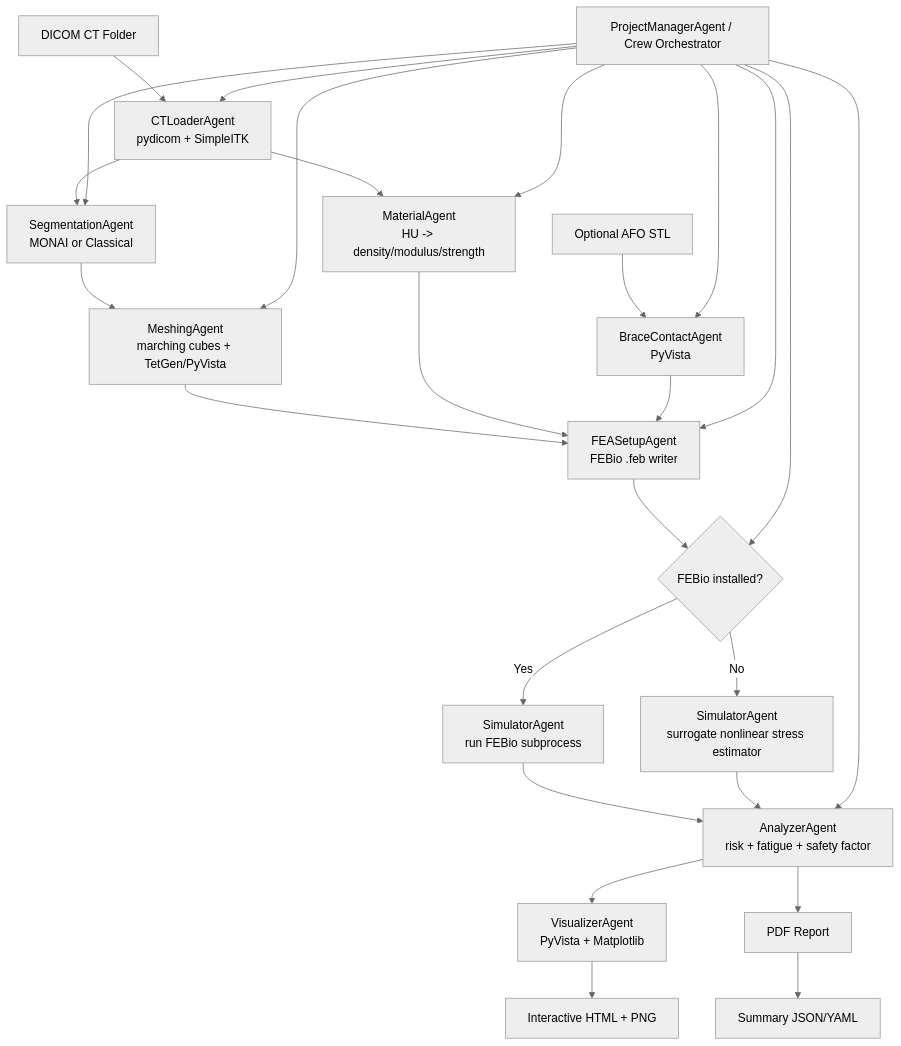
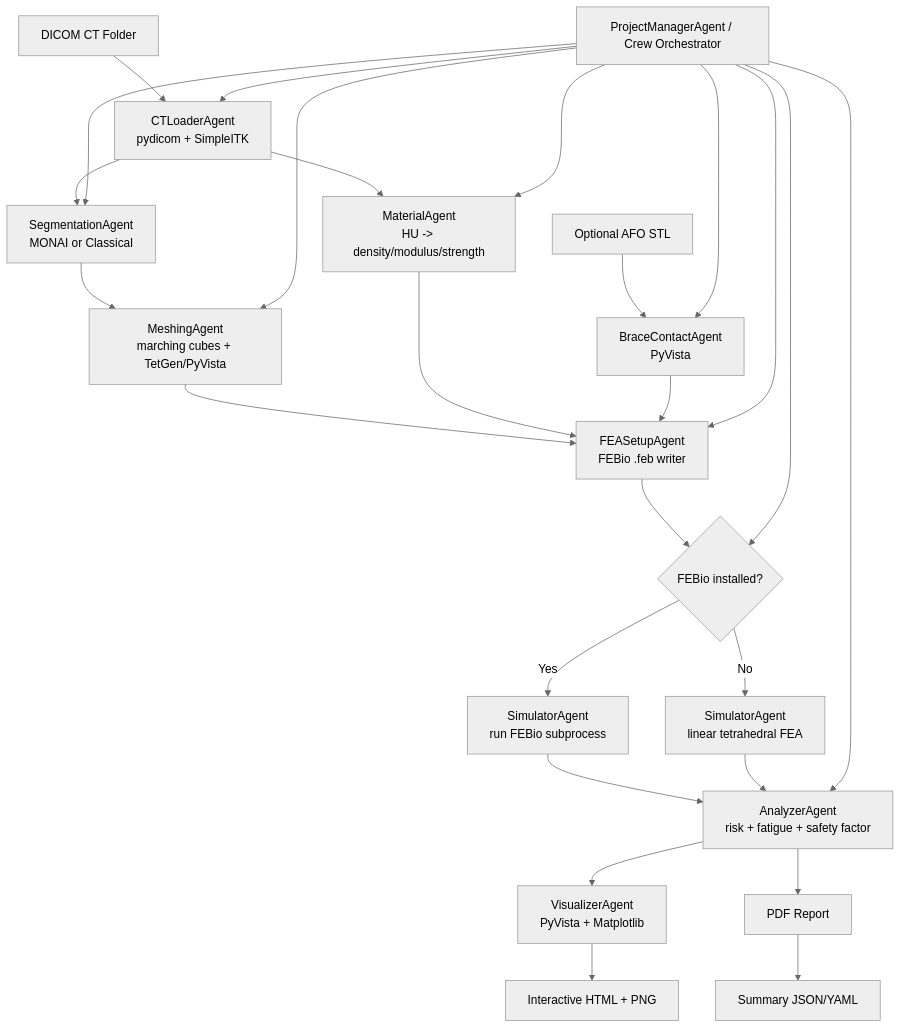
Before and after one commit to aditano/OsteoVigil: the diagram in README.md, drawn with Mermaid (neutral theme). The commit also changed other lines of this file and 29 other files, not shown here.

````diff
--- a/README.md
+++ b/README.md
@@ -16,28 +16,28 @@
 ```mermaid
 flowchart TD
     A["DICOM CT Folder"] --> B["CTLoaderAgent<br/>pydicom + SimpleITK"]
     X["Optional AFO STL"] --> F["BraceContactAgent<br/>PyVista"]
     B --> C["SegmentationAgent<br/>MONAI or Classical"]
     C --> D["MeshingAgent<br/>marching cubes + TetGen/PyVista"]
     B --> E["MaterialAgent<br/>HU -> density/modulus/strength"]
     D --> G["FEASetupAgent<br/>FEBio .feb writer"]
     E --> G
     F --> G
     G --> H{"FEBio installed?"}
     H -->|Yes| I["SimulatorAgent<br/>run FEBio subprocess"]
-    H -->|No| J["SimulatorAgent<br/>surrogate nonlinear stress estimator"]
+    H -->|No| J["SimulatorAgent<br/>linear tetrahedral FEA"]
     I --> K["AnalyzerAgent<br/>risk + fatigue + safety factor"]
     J --> K
     K --> L["VisualizerAgent<br/>PyVista + Matplotlib"]
     K --> M["PDF Report"]
     L --> N["Interactive HTML + PNG"]
     M --> O["Summary JSON/YAML"]
     P["ProjectManagerAgent / Crew Orchestrator"] --> B
     P --> C
     P --> D
     P --> E
     P --> F
     P --> G
     P --> H
     P --> K
 ```
````
